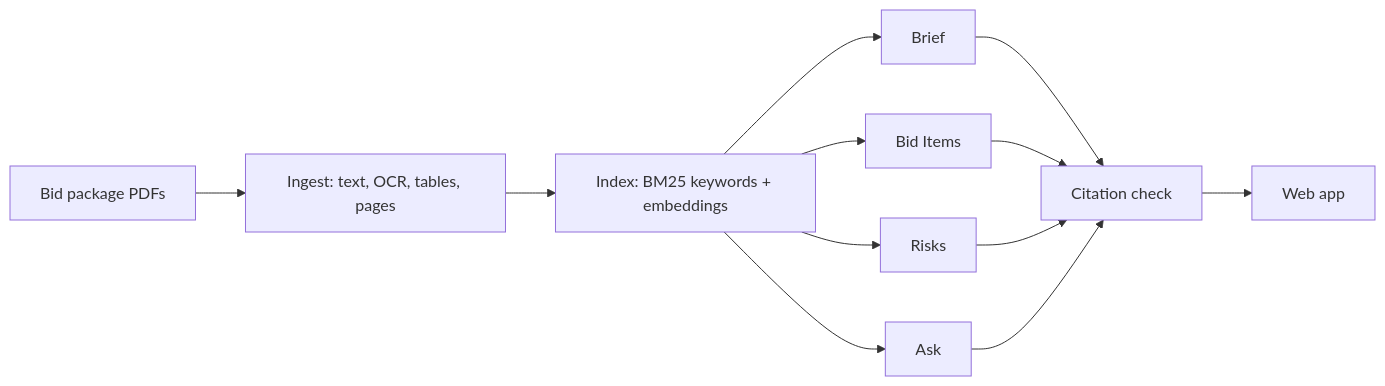
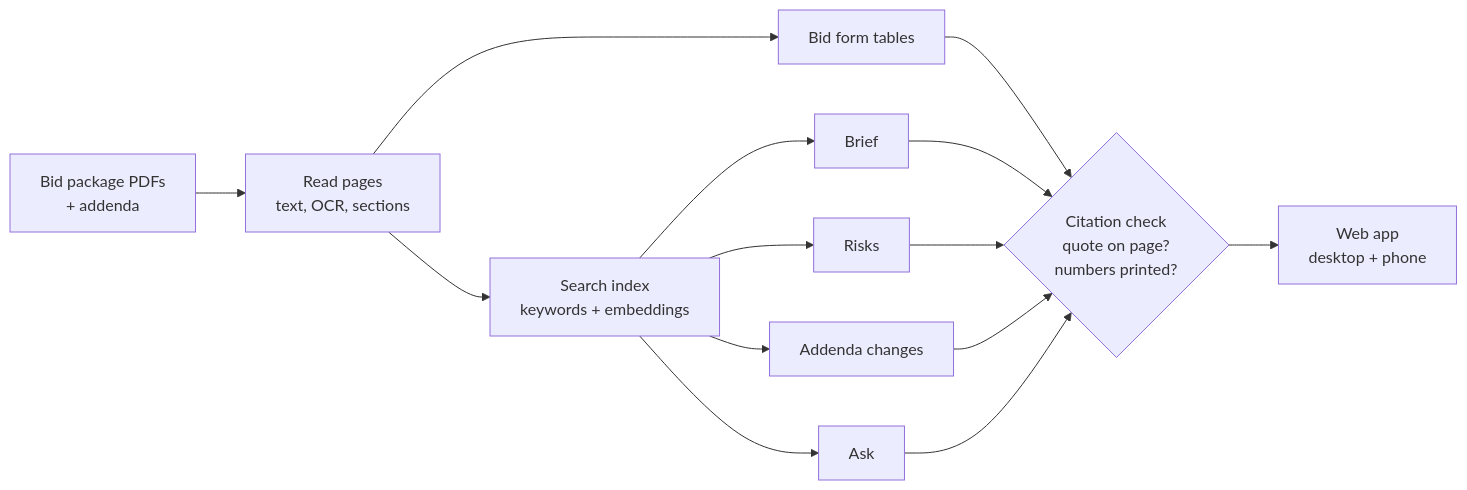
One commit to Delimiter-Ashish/bidbrief changed the diagram in README.md. Above: the diagram before and after it, drawn with Mermaid. The commit also changed other lines of this file and 8 other files, not shown here.

````diff
--- a/README.md
+++ b/README.md
@@ -53,11 +81,16 @@
 ```mermaid
 flowchart LR
-  A[Bid package PDFs] --> B[Ingest: text, OCR, tables, pages]
-  B --> C[Index: BM25 keywords + embeddings]
-  C --> D[Brief]
-  C --> E[Bid Items]
-  C --> F[Risks]
-  C --> G[Ask]
-  D & E & F & G --> H[Citation check]
-  H --> I[Web app]
+  A[Bid package PDFs<br/>+ addenda] --> B[Read pages<br/>text, OCR, sections]
+  B --> C[Bid form tables]
+  B --> D[Search index<br/>keywords + embeddings]
+  D --> E[Brief]
+  D --> F[Risks]
+  D --> G[Addenda changes]
+  D --> H[Ask]
+  C --> I{Citation check<br/>quote on page?<br/>numbers printed?}
+  E --> I
+  F --> I
+  G --> I
+  H --> I
+  I --> J[Web app<br/>desktop + phone]
 ```
````
